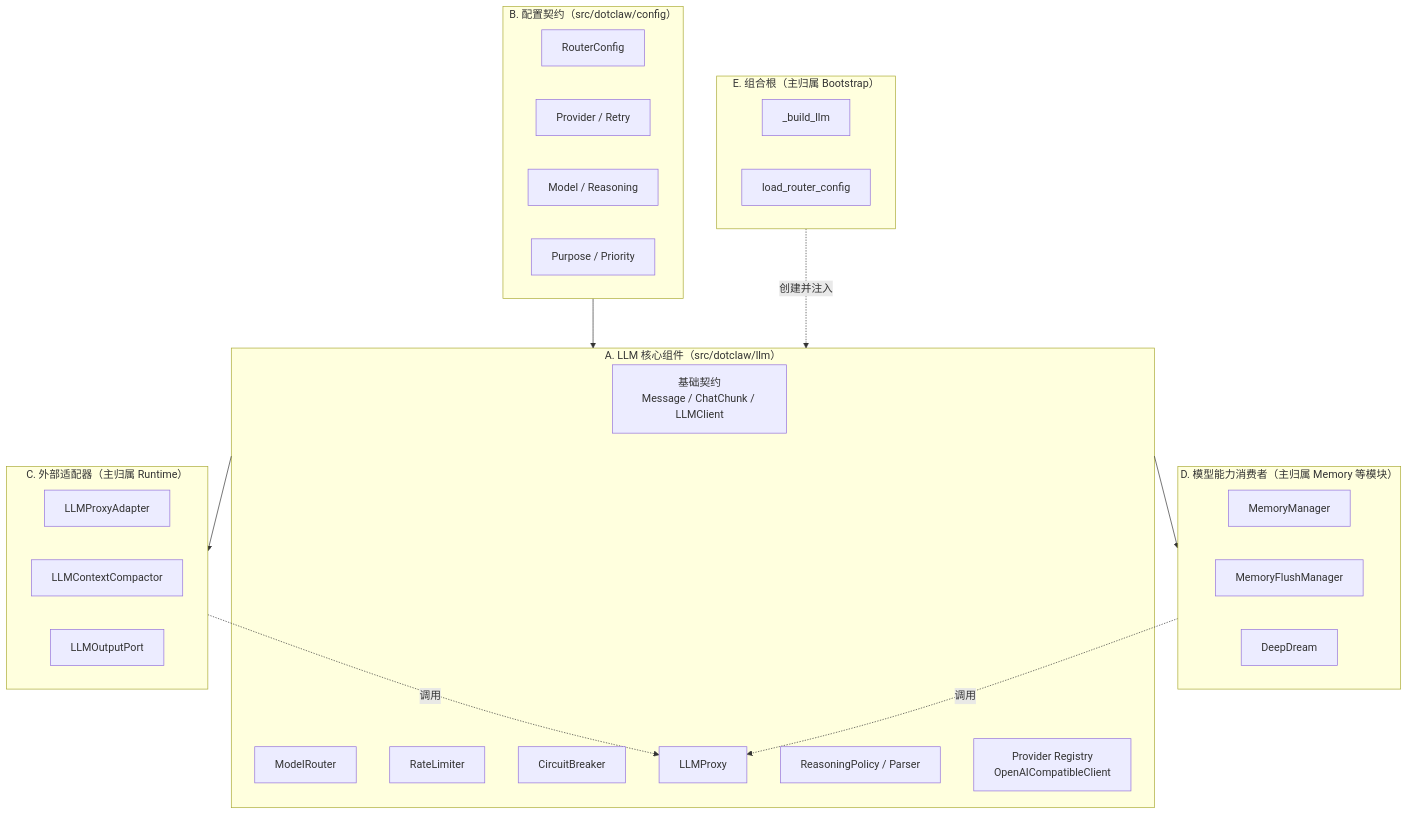
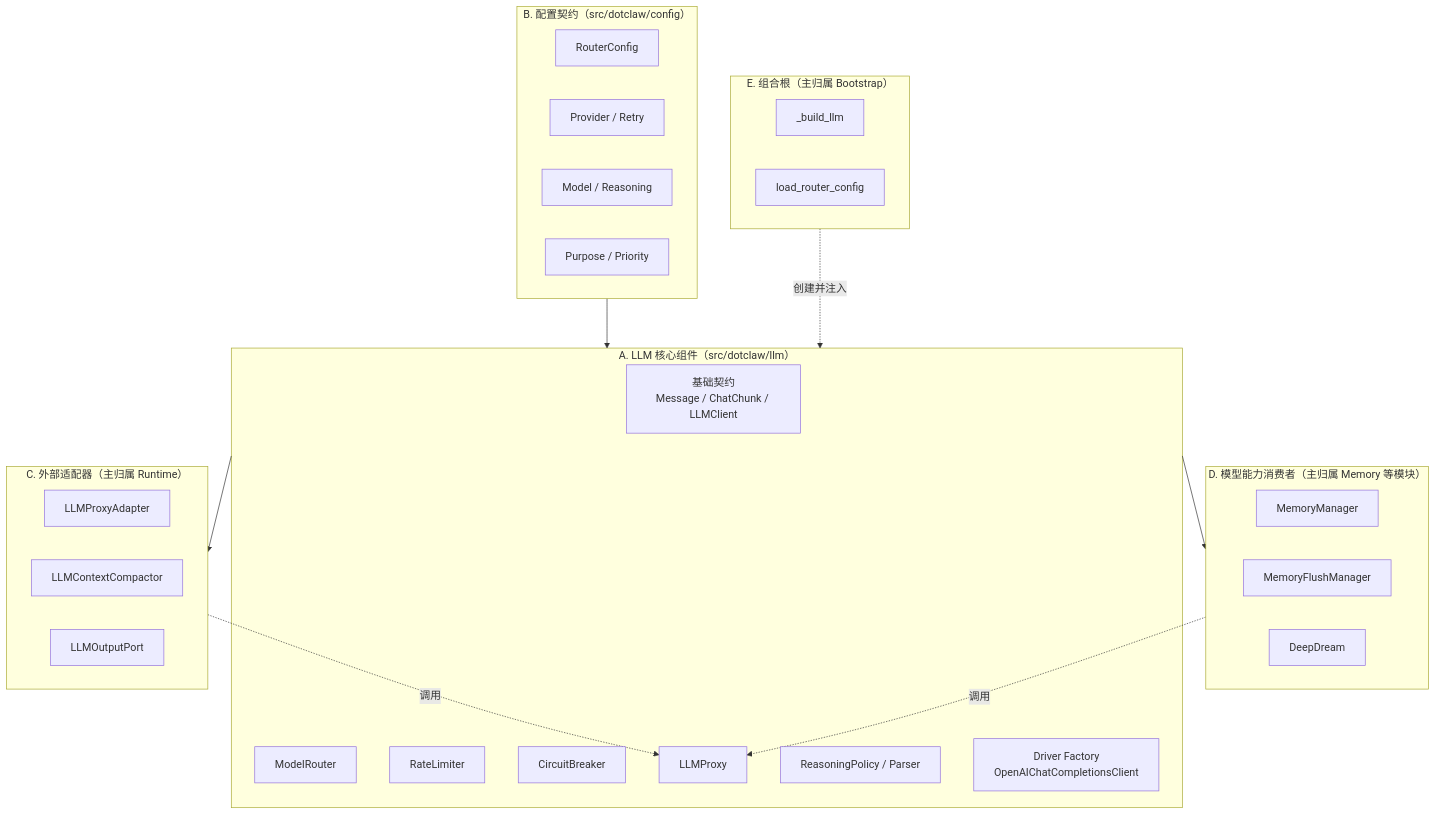
Before and after one commit to aandbcct/dotClaw: the fifth of 20 diagrams in docs/wiki/LLM 模块总体说明.md, drawn with Mermaid. The commit also changed other lines of this file and 15 other files, not shown here.

````diff
--- a/docs/wiki/LLM 模块总体说明.md
+++ b/docs/wiki/LLM 模块总体说明.md
@@ -238,43 +238,43 @@
 ```mermaid
 flowchart TB
     subgraph LLMCore["A. LLM 核心组件（src/dotclaw/llm）"]
         Contracts["基础契约<br/>Message / ChatChunk / LLMClient"]
         Router["ModelRouter"]
         Limiter["RateLimiter"]
         Breaker["CircuitBreaker"]
         Proxy["LLMProxy"]
         Reasoning["ReasoningPolicy / Parser"]
-        Provider["Provider Registry<br/>OpenAICompatibleClient"]
+        Provider["Driver Factory<br/>OpenAIChatCompletionsClient"]
     end
 
     subgraph ConfigLayer["B. 配置契约（src/dotclaw/config）"]
         RouterConfig["RouterConfig"]
         ProviderConfig["Provider / Retry"]
         ModelConfig["Model / Reasoning"]
         Purpose["Purpose / Priority"]
     end
 
     subgraph ExternalAdapters["C. 外部适配器（主归属 Runtime）"]
         LLMAdapter["LLMProxyAdapter"]
         Compactor["LLMContextCompactor"]
         Output["LLMOutputPort"]
     end
 
     subgraph Consumers["D. 模型能力消费者（主归属 Memory 等模块）"]
         MemoryManager["MemoryManager"]
         Flush["MemoryFlushManager"]
         Dream["DeepDream"]
     end
 
     subgraph Composition["E. 组合根（主归属 Bootstrap）"]
         Builder["_build_llm"]
         Loader["load_router_config"]
     end
 
     ConfigLayer --> LLMCore
     LLMCore --> ExternalAdapters
     LLMCore --> Consumers
     Composition -.创建并注入.-> LLMCore
     ExternalAdapters -.调用.-> Proxy
     Consumers -.调用.-> Proxy
 ```
````
